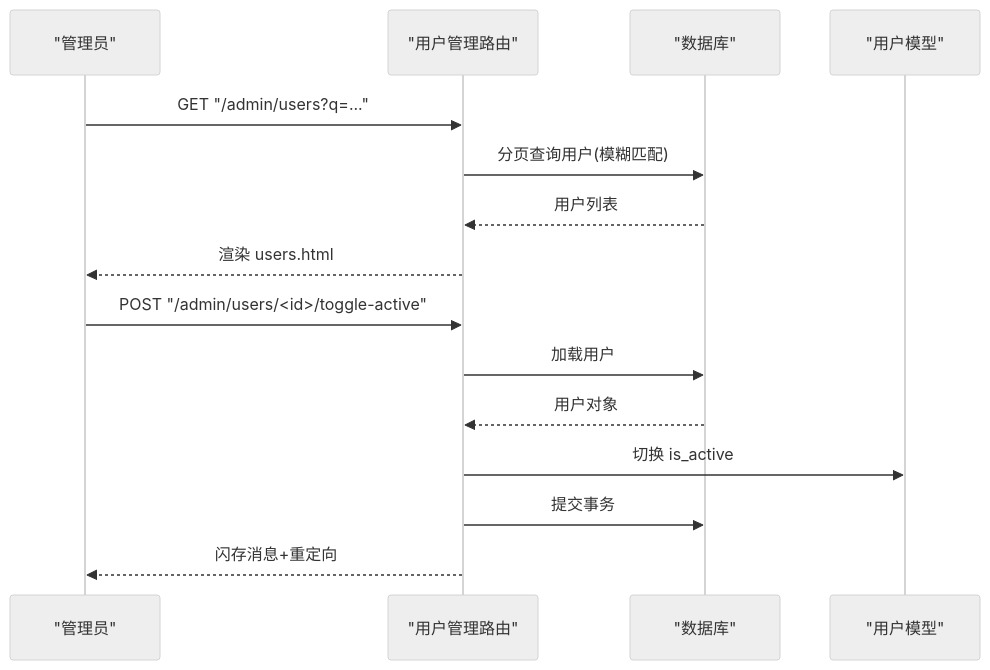
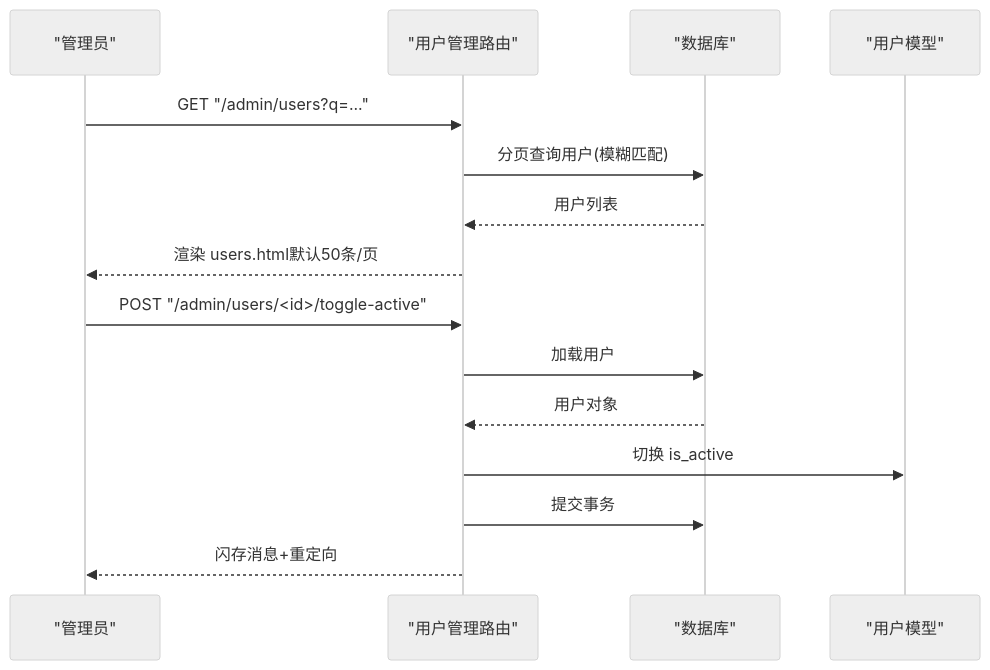
Before and after one commit to beyondalbert/my_wiki: the fourth of 9 diagrams in .qoder/repowiki/zh/content/架构设计/蓝图系统设计/管理员蓝图 (Admin Blueprint).md, drawn with Mermaid (neutral theme). The commit also changed other lines of this file and 5 other files, not shown here.

````diff
--- a/.qoder/repowiki/zh/content/架构设计/蓝图系统设计/管理员蓝图 (Admin Blueprint).md
+++ b/.qoder/repowiki/zh/content/架构设计/蓝图系统设计/管理员蓝图 (Admin Blueprint).md
@@ -205,17 +226,17 @@
 ```mermaid
 sequenceDiagram
 participant Admin as "管理员"
 participant Users as "用户管理路由"
 participant DB as "数据库"
 participant UserM as "用户模型"
 Admin->>Users : GET "/admin/users?q=..."
 Users->>DB : 分页查询用户(模糊匹配)
 DB-->>Users : 用户列表
-Users-->>Admin : 渲染 users.html
+Users-->>Admin : 渲染 users.html默认50条/页
 Admin->>Users : POST "/admin/users/<id>/toggle-active"
 Users->>DB : 加载用户
 DB-->>Users : 用户对象
 Users->>UserM : 切换 is_active
 Users->>DB : 提交事务
 Users-->>Admin : 闪存消息+重定向
 ```
````
